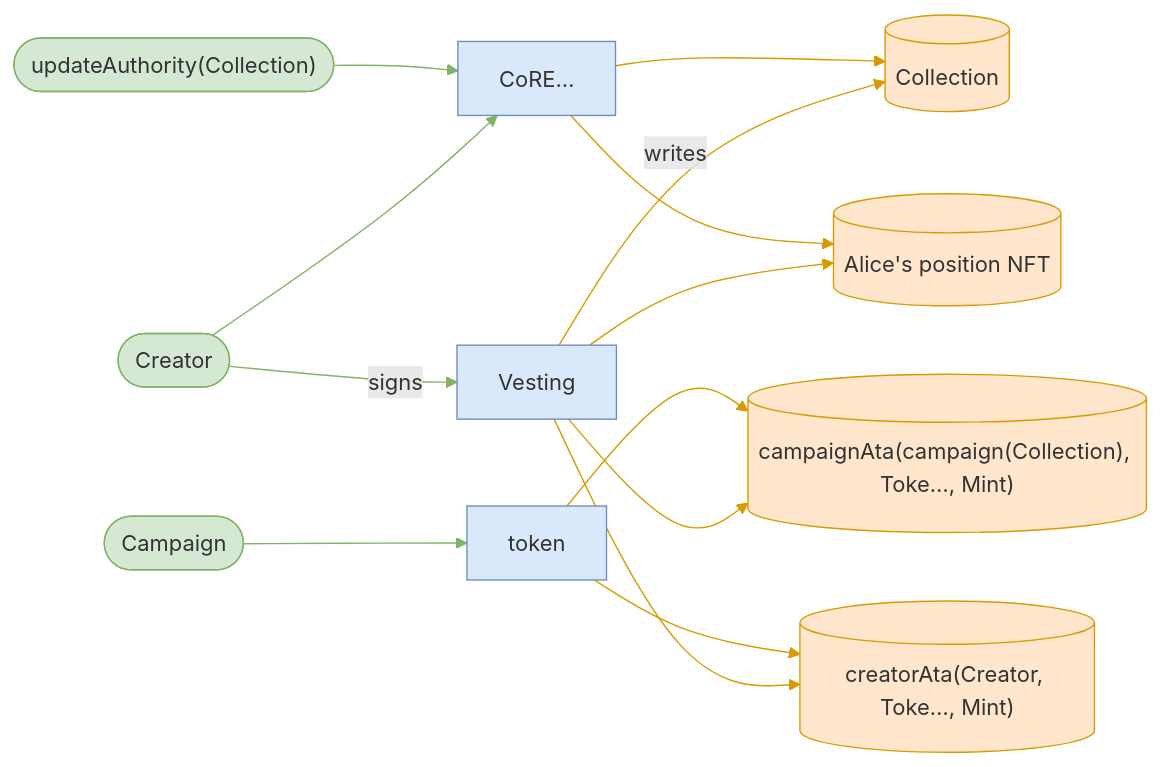
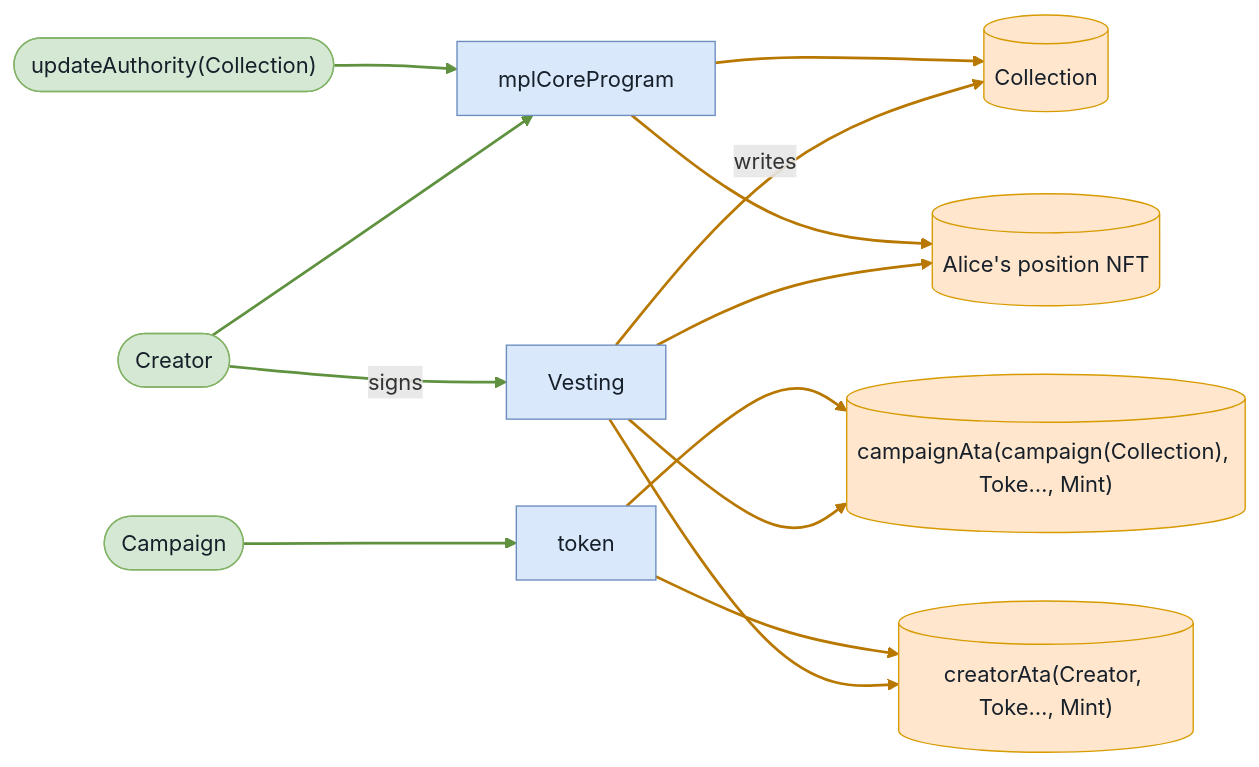
The eighth of 12 diagrams in babelfish-tests/test-report/vested_tokens_are_forfeited_past_the_grace_window.md (cds-turbin3/vesting-position), drawn with Mermaid before and after one commit. The commit also changed other lines of this file and 106 other files, not shown here.

````diff
--- a/babelfish-tests/test-report/vested_tokens_are_forfeited_past_the_grace_window.md
+++ b/babelfish-tests/test-report/vested_tokens_are_forfeited_past_the_grace_window.md
@@ -430,30 +428,30 @@
 ```mermaid
 flowchart LR
     Vesting["Vesting"]:::program
     Creator(["Creator"]):::signer
     Collection[("Collection")]:::state
     AlicespositionNFT[("Alice's position NFT")]:::state
     campaignAtacampaignCollectionTokeMint[("campaignAta(campaign(Collection), Toke…, Mint)")]:::state
     creatorAtaCreatorTokeMint[("creatorAta(Creator, Toke…, Mint)")]:::state
-    CoRE["CoRE…"]:::program
+    mplCoreProgram["mplCoreProgram"]:::program
     updateAuthorityCollection(["updateAuthority(Collection)"]):::signer
     token["token"]:::program
     Campaign(["Campaign"]):::signer
     Creator -->|signs| Vesting
     Vesting -->|writes| Collection
     Vesting --> AlicespositionNFT
     Vesting --> campaignAtacampaignCollectionTokeMint
     Vesting --> creatorAtaCreatorTokeMint
-    CoRE --> AlicespositionNFT
-    CoRE --> Collection
-    Creator --> CoRE
-    updateAuthorityCollection --> CoRE
+    mplCoreProgram --> AlicespositionNFT
+    mplCoreProgram --> Collection
+    Creator --> mplCoreProgram
+    updateAuthorityCollection --> mplCoreProgram
     token --> campaignAtacampaignCollectionTokeMint
     token --> creatorAtaCreatorTokeMint
     Campaign --> token
-    classDef program fill:#dae8fc,stroke:#6c8ebf;
-    classDef signer fill:#d5e8d4,stroke:#82b366;
-    classDef state fill:#ffe6cc,stroke:#d79b00;
-    linkStyle 0,7,8,11 stroke:#82b366
-    linkStyle 1,2,3,4,5,6,9,10 stroke:#d79b00
+    classDef program fill:#dae8fc,stroke:#6c8ebf,color:#17202a;
+    classDef signer fill:#d5e8d4,stroke:#82b366,color:#17202a;
+    classDef state fill:#ffe6cc,stroke:#d79b00,color:#17202a;
+    linkStyle 0,7,8,11 stroke:#5f913f,stroke-width:2px
+    linkStyle 1,2,3,4,5,6,9,10 stroke:#b87800,stroke-width:2px
 ```
````
